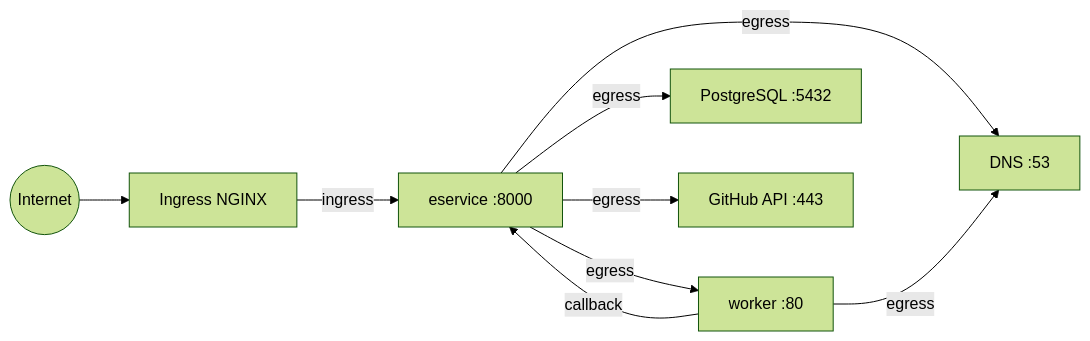
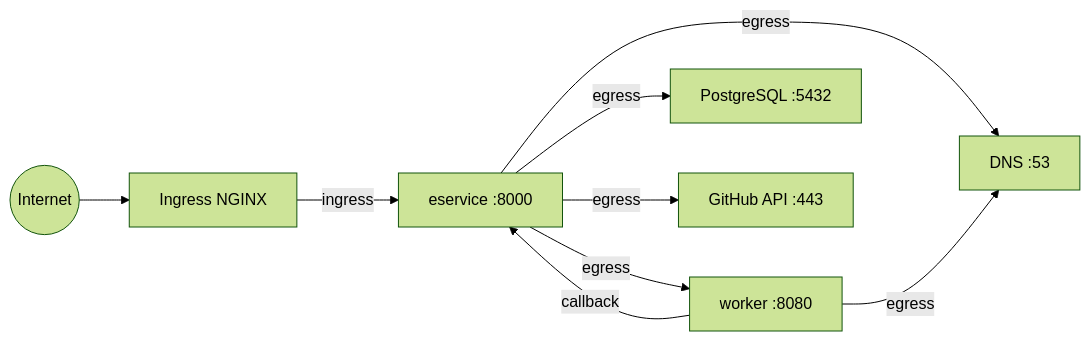
Before and after one commit to italia/api-oas-checker-eservice: the sixth of 6 diagrams in helm/README.md, drawn with Mermaid (forest theme). The commit also changed other lines of this file and 3 other files, not shown here.

First line of the commit message:
Rewrite documentation: cleaner, no emoji, add mermaid diagrams

````diff
--- a/helm/README.md
+++ b/helm/README.md
@@ -392,19 +392,19 @@
 ```mermaid
 graph LR
     internet((Internet))
     ingress["Ingress NGINX"]
     eservice["eservice :8000"]
-    worker["worker :80"]
+    worker["worker :8080"]
     db["PostgreSQL :5432"]
     github["GitHub API :443"]
     dns["DNS :53"]
 
     internet --> ingress
     ingress -->|"ingress"| eservice
     eservice -->|"egress"| worker
     eservice -->|"egress"| db
     eservice -->|"egress"| github
     eservice -->|"egress"| dns
     worker -->|"callback"| eservice
     worker -->|"egress"| dns
 ```
````
